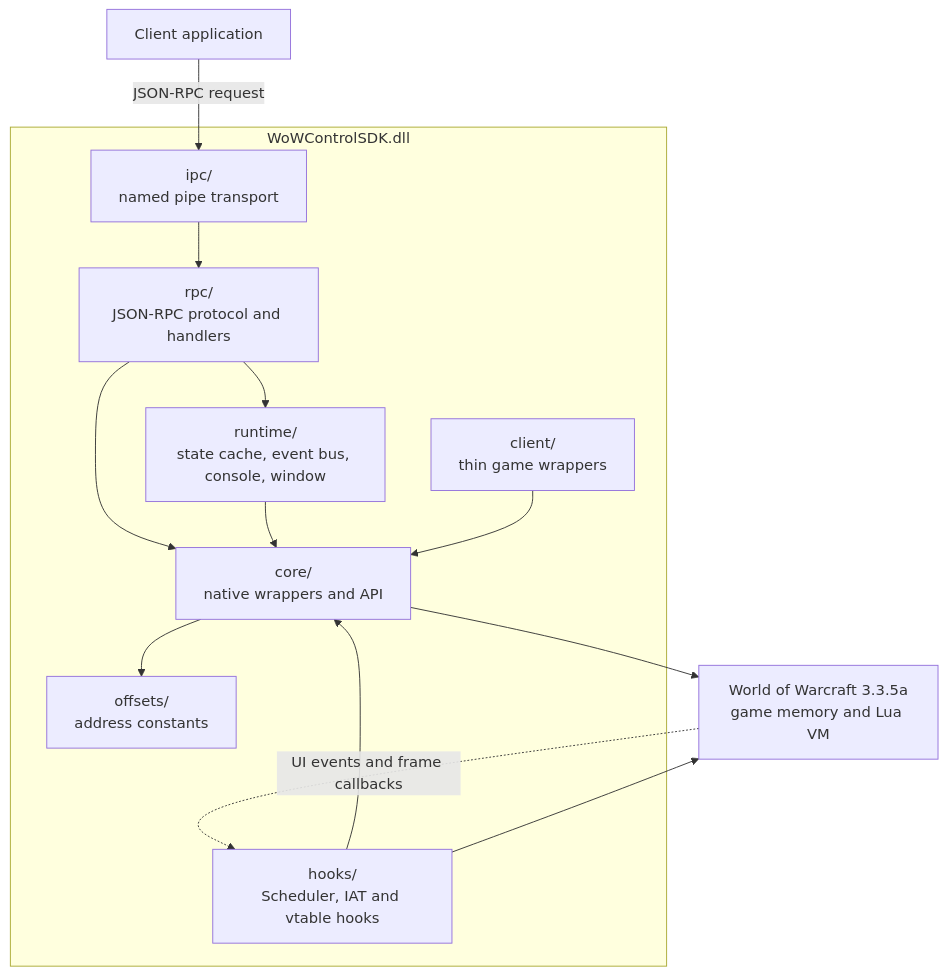
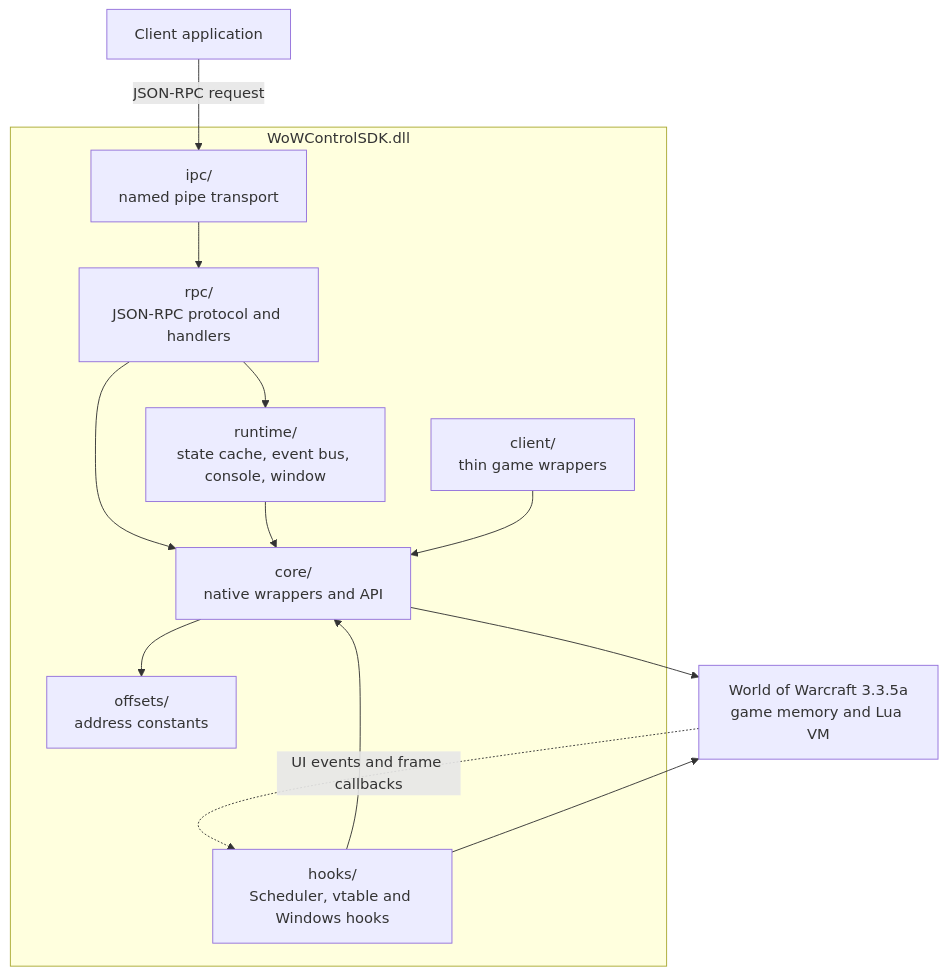
Before and after one commit to Zerik-Official/WoWControlSDK: the second of 4 diagrams in docs/en/architecture.md, drawn with Mermaid. The commit also changed other lines of this file, not shown here.

Commit message:
docs(architecture): list the Windows hooks and the only import table write

````diff
--- a/docs/en/architecture.md
+++ b/docs/en/architecture.md
@@ -29,26 +29,26 @@
 ```mermaid
 flowchart TD
     app["Client application"]
 
     subgraph dll["WoWControlSDK.dll"]
         ipc["ipc/<br/>named pipe transport"]
         rpc["rpc/<br/>JSON-RPC protocol and handlers"]
         runtime["runtime/<br/>state cache, event bus, console, window"]
-        hooks["hooks/<br/>Scheduler, IAT and vtable hooks"]
+        hooks["hooks/<br/>Scheduler, vtable and Windows hooks"]
         client["client/<br/>thin game wrappers"]
         core["core/<br/>native wrappers and API"]
         offsets["offsets/<br/>address constants"]
     end
 
     app -- "JSON-RPC request" --> ipc
     ipc --> rpc
     rpc --> runtime
     rpc --> core
     runtime --> core
     hooks --> core
     client --> core
     core --> offsets
     core --> wow["World of Warcraft 3.3.5a<br/>game memory and Lua VM"]
     hooks --> wow
     wow -. "UI events and frame callbacks" .-> hooks
 ```
````
